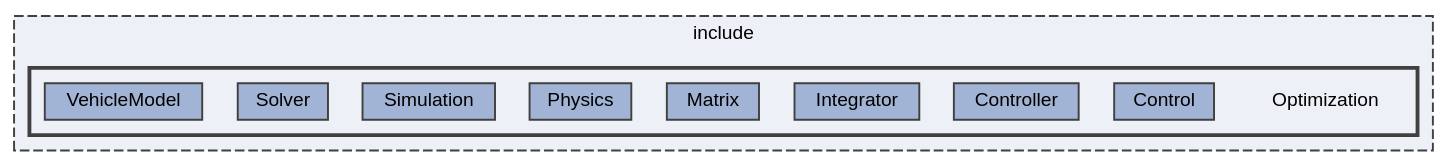
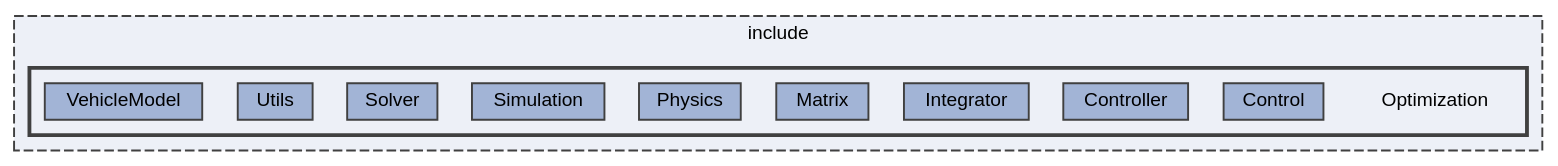
One commit to jswoo0615/Algorithms_for_Optimization_cpp changed the diagram in dir_976444ffbcd0cf7e59138d237483c157_dep.dot. Above: the diagram before and after it, drawn with Graphviz. The commit also changed 87 other files, not shown here.

```diff
--- a/dir_976444ffbcd0cf7e59138d237483c157_dep.dot
+++ b/dir_976444ffbcd0cf7e59138d237483c157_dep.dot
@@ -1,23 +1,24 @@
 digraph "include/Optimization"
 {
  // LATEX_PDF_SIZE
   bgcolor="transparent";
   edge [fontname=Helvetica,fontsize=10,labelfontname=Helvetica,labelfontsize=10];
   node [fontname=Helvetica,fontsize=10,shape=box,height=0.2,width=0.4];
   compound=true
   subgraph clusterdir_d44c64559bbebec7f509842c48db8b23 {
     graph [ bgcolor="#edf0f7", pencolor="grey25", label="include", fontname=Helvetica,fontsize=10 style="filled,dashed", URL="dir_d44c64559bbebec7f509842c48db8b23.html",tooltip=""]
   subgraph clusterdir_976444ffbcd0cf7e59138d237483c157 {
     graph [ bgcolor="#edf0f7", pencolor="grey25", label="", fontname=Helvetica,fontsize=10 style="filled,bold", URL="dir_976444ffbcd0cf7e59138d237483c157.html",tooltip=""]
     dir_976444ffbcd0cf7e59138d237483c157 [shape=plaintext, label="Optimization"];
   dir_b0eb23d7880c1ce496ccacf085fb439e [label="Control", fillcolor="#a2b4d6", color="grey25", style="filled", URL="dir_b0eb23d7880c1ce496ccacf085fb439e.html",tooltip=""];
   dir_3f22f93b4ba8fdbcad8dad713ea8d812 [label="Controller", fillcolor="#a2b4d6", color="grey25", style="filled", URL="dir_3f22f93b4ba8fdbcad8dad713ea8d812.html",tooltip=""];
   dir_5bb25db18c853031f62decd1534aca17 [label="Integrator", fillcolor="#a2b4d6", color="grey25", style="filled", URL="dir_5bb25db18c853031f62decd1534aca17.html",tooltip=""];
   dir_a66bc7e01f4013e53ad389310fb0c51c [label="Matrix", fillcolor="#a2b4d6", color="grey25", style="filled", URL="dir_a66bc7e01f4013e53ad389310fb0c51c.html",tooltip=""];
   dir_7cd0d73341d495ff5d164ebc59a94c80 [label="Physics", fillcolor="#a2b4d6", color="grey25", style="filled", URL="dir_7cd0d73341d495ff5d164ebc59a94c80.html",tooltip=""];
   dir_a867165be1459a38b824a228c75e4073 [label="Simulation", fillcolor="#a2b4d6", color="grey25", style="filled", URL="dir_a867165be1459a38b824a228c75e4073.html",tooltip=""];
   dir_344cbd1bd00ec6f2cef44081d8425e41 [label="Solver", fillcolor="#a2b4d6", color="grey25", style="filled", URL="dir_344cbd1bd00ec6f2cef44081d8425e41.html",tooltip=""];
+  dir_013ce47b0317910e8c41901b85525900 [label="Utils", fillcolor="#a2b4d6", color="grey25", style="filled", URL="dir_013ce47b0317910e8c41901b85525900.html",tooltip=""];
   dir_8efc3cca00435a7f2971e9aa93900fda [label="VehicleModel", fillcolor="#a2b4d6", color="grey25", style="filled", URL="dir_8efc3cca00435a7f2971e9aa93900fda.html",tooltip=""];
   }
   }
 }
```
